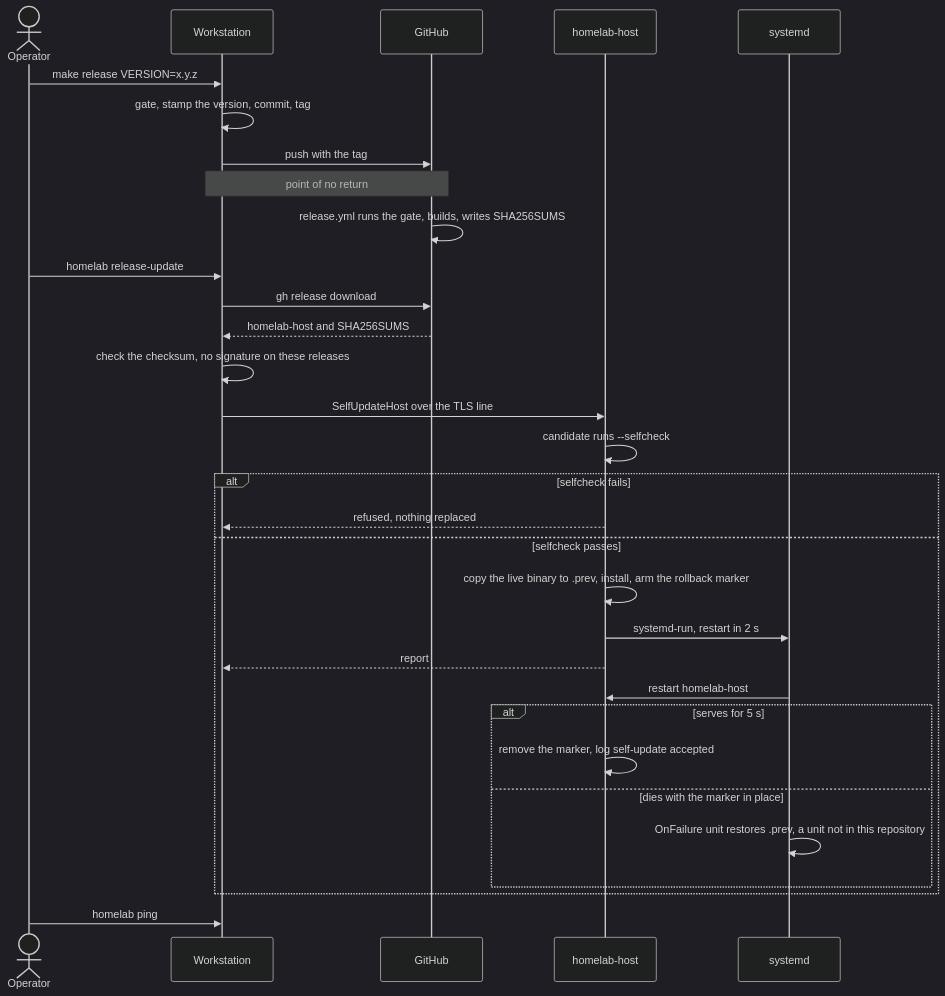
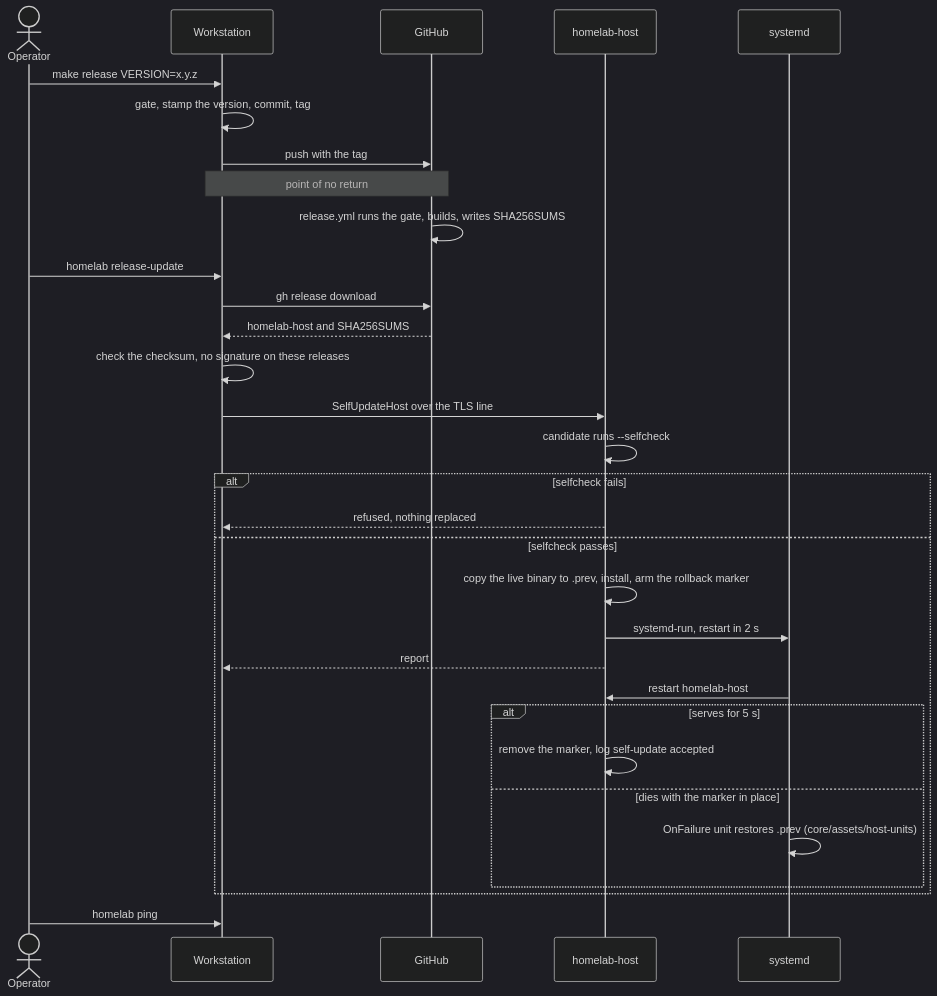
One commit to kennypassenier/homelab changed the fourth of 6 diagrams in docs/OPERATIONS_RUNBOOK.md. Above: the diagram before and after it, drawn with Mermaid (dark theme). The commit also changed other lines of this file and 16 other files, not shown here.

````diff
--- a/docs/OPERATIONS_RUNBOOK.md
+++ b/docs/OPERATIONS_RUNBOOK.md
@@ -724,33 +724,33 @@
 ```mermaid
 sequenceDiagram
     actor O as Operator
     participant W as Workstation
     participant G as GitHub
     participant H as homelab-host
     participant S as systemd
     O->>W: make release VERSION=x.y.z
     W->>W: gate, stamp the version, commit, tag
     W->>G: push with the tag
     Note over W,G: point of no return
     G->>G: release.yml runs the gate, builds, writes SHA256SUMS
     O->>W: homelab release-update
     W->>G: gh release download
     G-->>W: homelab-host and SHA256SUMS
     W->>W: check the checksum, no signature on these releases
     W->>H: SelfUpdateHost over the TLS line
     H->>H: candidate runs --selfcheck
     alt selfcheck fails
         H-->>W: refused, nothing replaced
     else selfcheck passes
         H->>H: copy the live binary to .prev, install, arm the rollback marker
         H->>S: systemd-run, restart in 2 s
         H-->>W: report
         S->>H: restart homelab-host
         alt serves for 5 s
             H->>H: remove the marker, log self-update accepted
         else dies with the marker in place
-            S->>S: OnFailure unit restores .prev, a unit not in this repository
+            S->>S: OnFailure unit restores .prev (core/assets/host-units)
         end
     end
     O->>W: homelab ping
 ```
````
